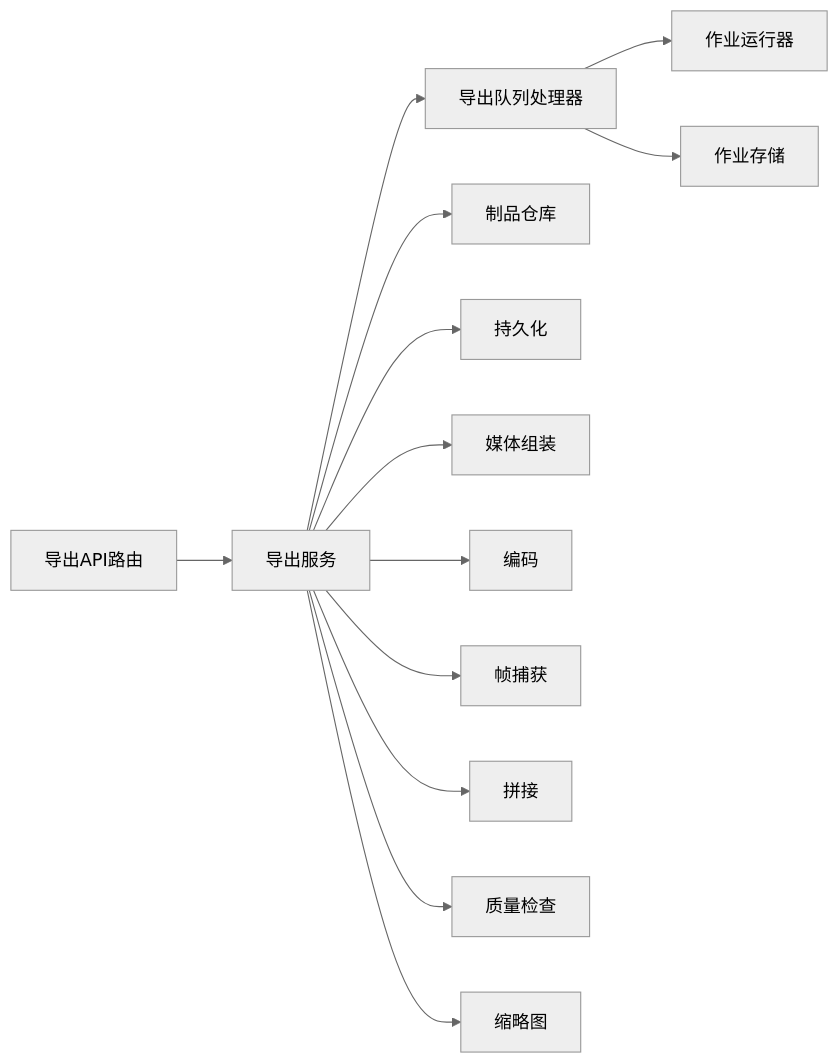
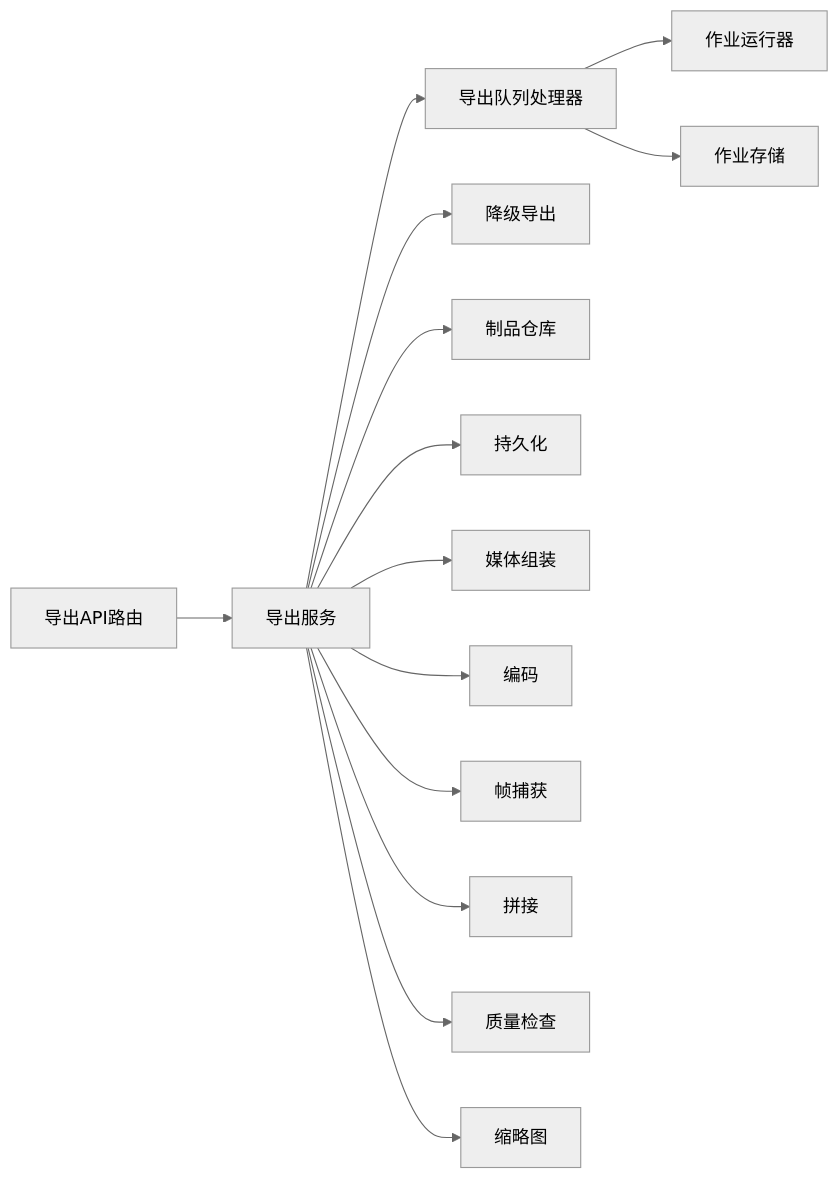
The ninth of 9 diagrams in .qoder/repowiki/zh/content/渲染引擎/导出服务.md (scottcwy/PurpleInk), drawn with Mermaid (neutral theme) before and after one commit. The commit also changed other lines of this file and 109 other files, not shown here.

````diff
--- a/.qoder/repowiki/zh/content/渲染引擎/导出服务.md
+++ b/.qoder/repowiki/zh/content/渲染引擎/导出服务.md
@@ -411,15 +495,16 @@
 ```mermaid
 graph LR
 Route["导出API路由"] --> Service["导出服务"]
 Service --> Queue["导出队列处理器"]
+Service --> Degraded["降级导出"]
 Service --> Repo["制品仓库"]
 Service --> Persist["持久化"]
 Service --> Assembly["媒体组装"]
 Service --> EncodeMod["编码"]
 Service --> Capture["帧捕获"]
 Service --> ConcatMod["拼接"]
 Service --> QA["质量检查"]
 Service --> Thumb["缩略图"]
 Queue --> Runner["作业运行器"]
 Queue --> Store["作业存储"]
 ```
````
